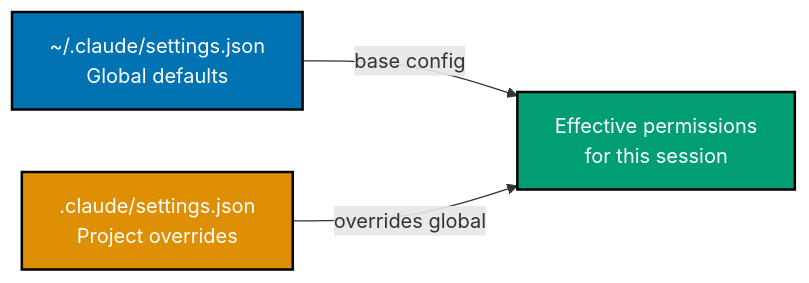
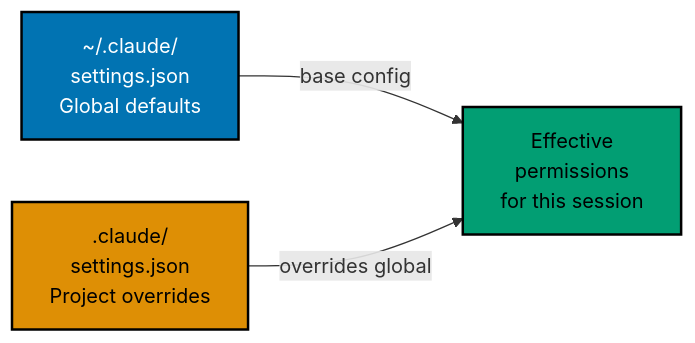
The second of 8 diagrams in apps/ayokoding-www/content/en/learn/legacy/artificial-intelligence/tools/claude-code/by-concept/intermediate.md (wahidyankf/ose-public), drawn with Mermaid before and after one commit. The commit also changed other lines of this file and 50 other files, not shown here.

First line of the commit message:
fix(mermaid): bring the docs, governance, plans, and legacy AI diagrams onto the accessible palette

````diff
--- a/apps/ayokoding-www/content/en/learn/legacy/artificial-intelligence/tools/claude-code/by-concept/intermediate.md
+++ b/apps/ayokoding-www/content/en/learn/legacy/artificial-intelligence/tools/claude-code/by-concept/intermediate.md
@@ -152,16 +155,19 @@
 ```mermaid
 %% Color Palette: Blue #0173B2, Orange #DE8F05, Teal #029E73, Purple #CC78BC, Brown #CA9161
 %% All colors are color-blind friendly and meet WCAG AA contrast standards
 
 graph LR
-    GLOBAL["~/.claude/settings.json<br/>Global defaults"]:::blue
-    PROJECT[".claude/settings.json<br/>Project overrides"]:::orange
-    MERGED["Effective permissions<br/>for this session"]:::teal
+    accTitle: 2. settings.json: Permissions
+    accDescr: Graph with 3 nodes and 2 connections. Nodes: ~/.claude/ settings.json Global defaults, .claude/ settings.json Project overrides, Effective permissions for this session. Connections: ~/.claude/ settings.json Global defaults to Effective permissions for this session (base config), .claude/ settings.json Project overrides to Effective permissions for this session (overrides global).
+    GLOBAL["~/.claude/<br/>settings.json<br/>Global defaults"]:::blue
+    PROJECT[".claude/<br/>settings.json<br/>Project overrides"]:::orange
+    MERGED["Effective<br/>permissions<br/>for this session"]:::teal
 
     GLOBAL -->|"base config"| MERGED
     PROJECT -->|"overrides global"| MERGED
 
     classDef blue fill:#0173B2,stroke:#000000,color:#FFFFFF,stroke-width:2px
-    classDef orange fill:#DE8F05,stroke:#000000,color:#FFFFFF,stroke-width:2px
-    classDef teal fill:#029E73,stroke:#000000,color:#FFFFFF,stroke-width:2px
+    classDef orange fill:#DE8F05,stroke:#000000,color:#000000,stroke-width:2px
+    classDef teal fill:#029E73,stroke:#000000,color:#000000,stroke-width:2px
+    classDef default fill:#FFFFFF,stroke:#000000,color:#000000
 ```
````
